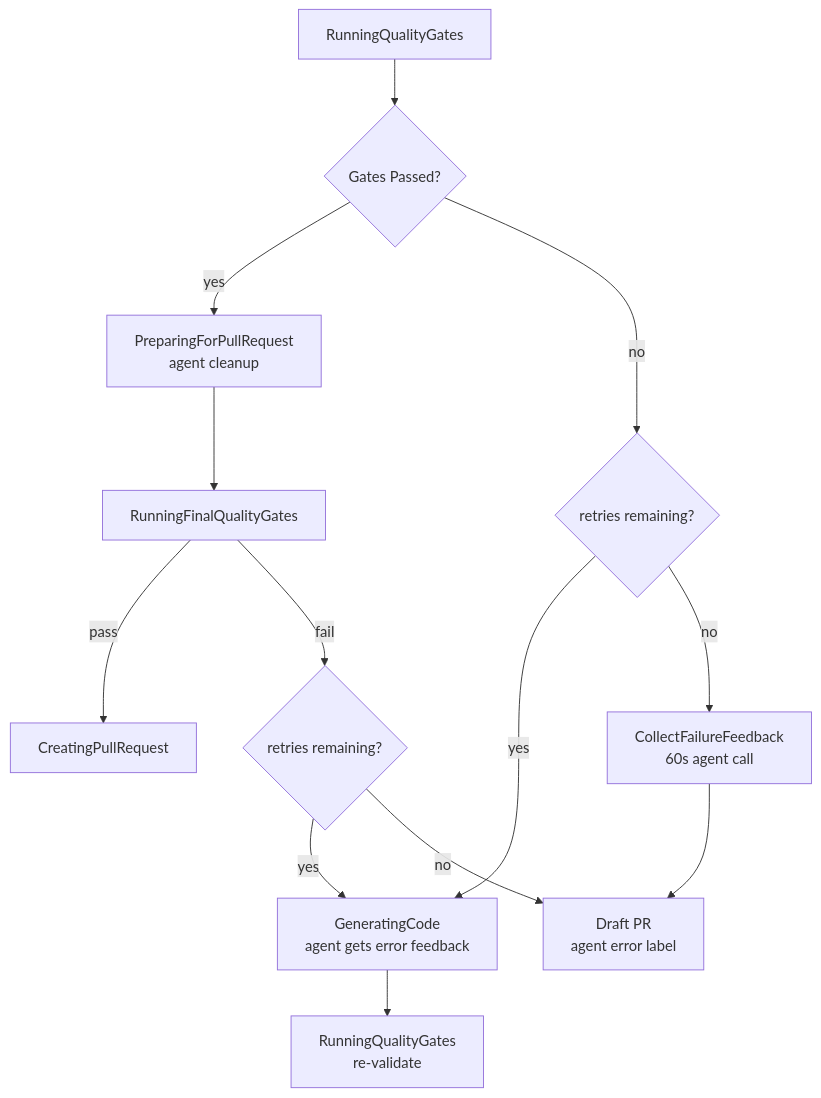
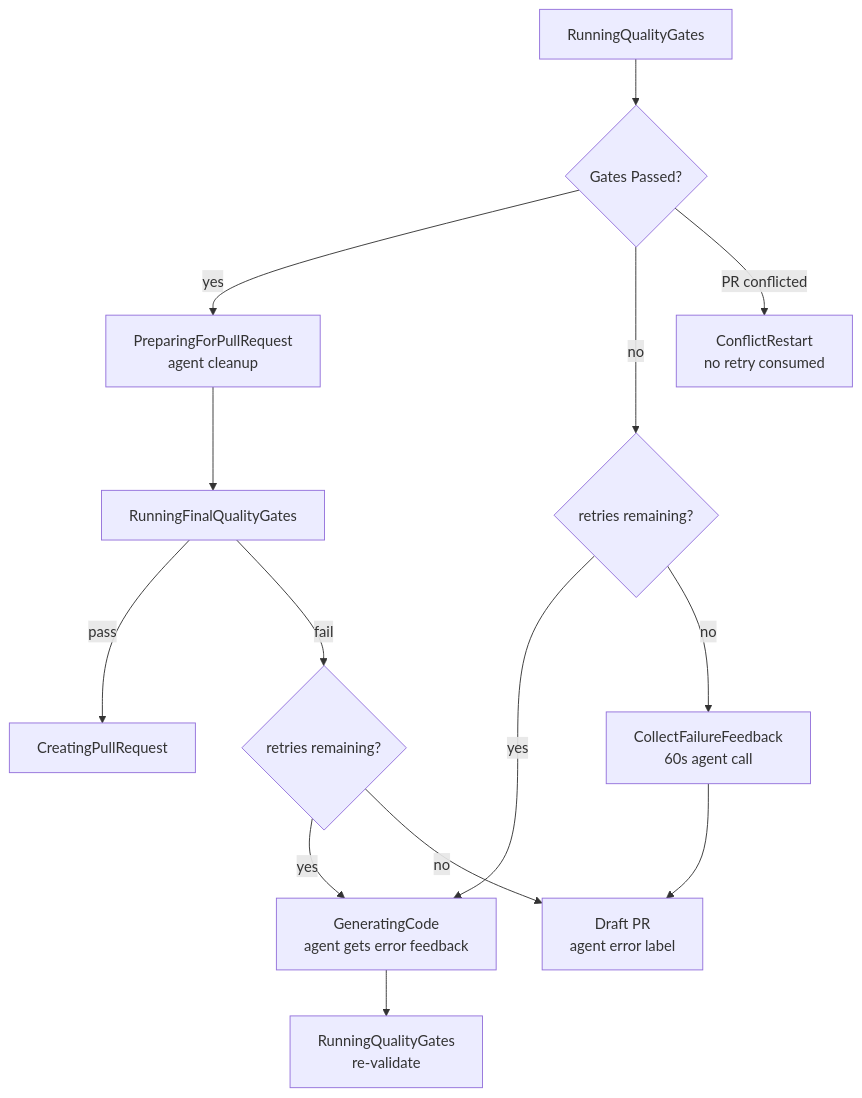
One commit to Chemsorly/coding-agent-automation changed the third of 9 diagrams in docs/pipeline-orchestration.md. Above: the diagram before and after it, drawn with Mermaid. The commit also changed other lines of this file and 18 other files, not shown here.

First line of the commit message:
feat: PollCiWithNotStartedRetryAsync: PR merge conflicts block CI from starting — pipeline should restart from beginning instead of exhausting retry budget (#2359)

````diff
--- a/docs/pipeline-orchestration.md
+++ b/docs/pipeline-orchestration.md
@@ -170,15 +173,16 @@
 ```mermaid
 flowchart TD
     RQG[RunningQualityGates] --> GP{Gates Passed?}
     GP -->|yes| PREP[PreparingForPullRequest\nagent cleanup]
     GP -->|no| RL{retries remaining?}
     RL -->|yes| GC[GeneratingCode\nagent gets error feedback]
     RL -->|no| FF[CollectFailureFeedback\n60s agent call]
     FF --> DPR[Draft PR\nagent error label]
     GC --> RQG2[RunningQualityGates\nre-validate]
     PREP --> FQG[RunningFinalQualityGates]
     FQG -->|pass| PR[CreatingPullRequest]
     FQG -->|fail| RL2{retries remaining?}
     RL2 -->|yes| GC
     RL2 -->|no| DPR
+    GP -->|PR conflicted| CR[ConflictRestart\nno retry consumed]
 ```
````
